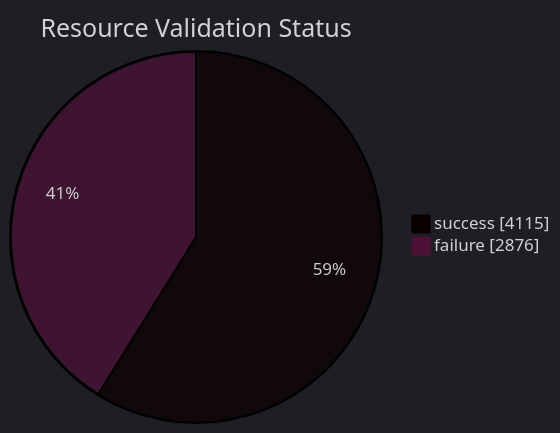
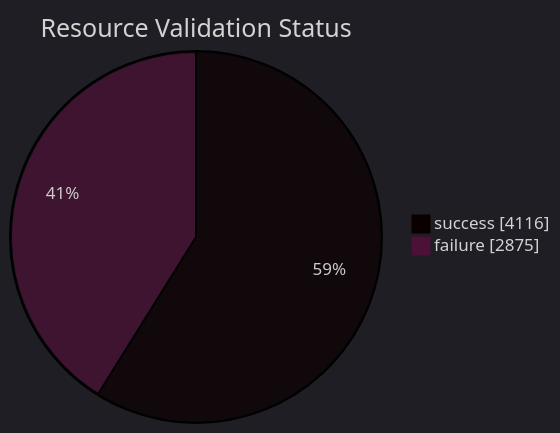
The diagram in datastore_tracker/resource_validation_status_pie_chart.md (open-data/analytics-corporate-reporting), drawn with Mermaid before and after one commit. The commit also changed 11 other files, not shown here.

````diff
--- a/datastore_tracker/resource_validation_status_pie_chart.md
+++ b/datastore_tracker/resource_validation_status_pie_chart.md
@@ -2,9 +2,9 @@
 ```mermaid
 ---
 config:
   theme: dark
 ---
 pie showData title Resource Validation Status
-    "success": 4115
-    "failure": 2876
+    "success": 4116
+    "failure": 2875
 ```
````
